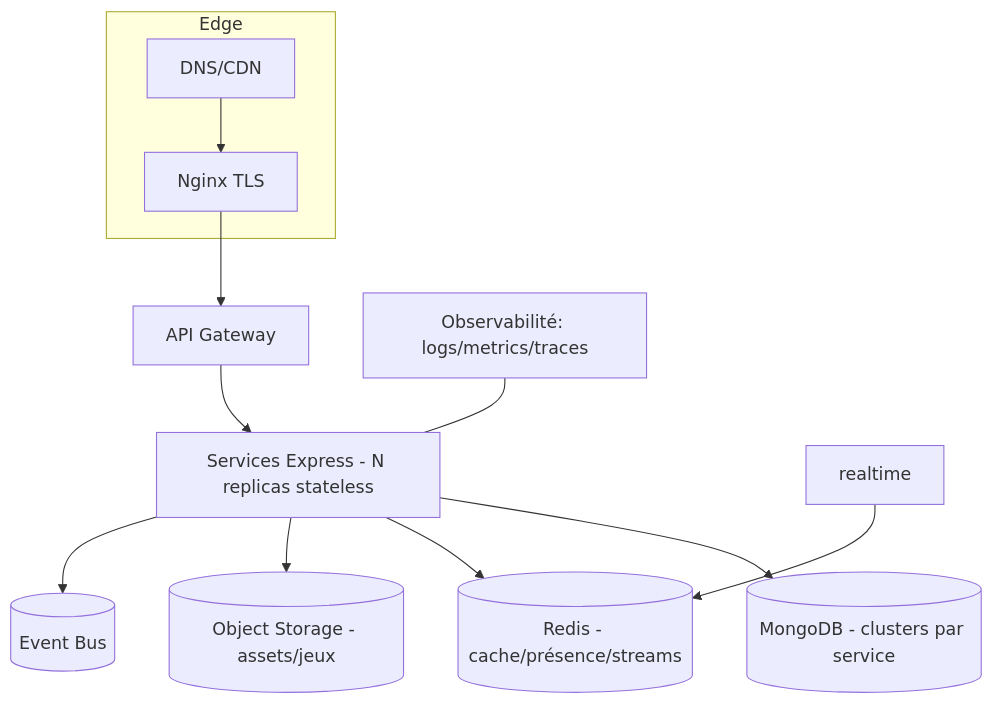
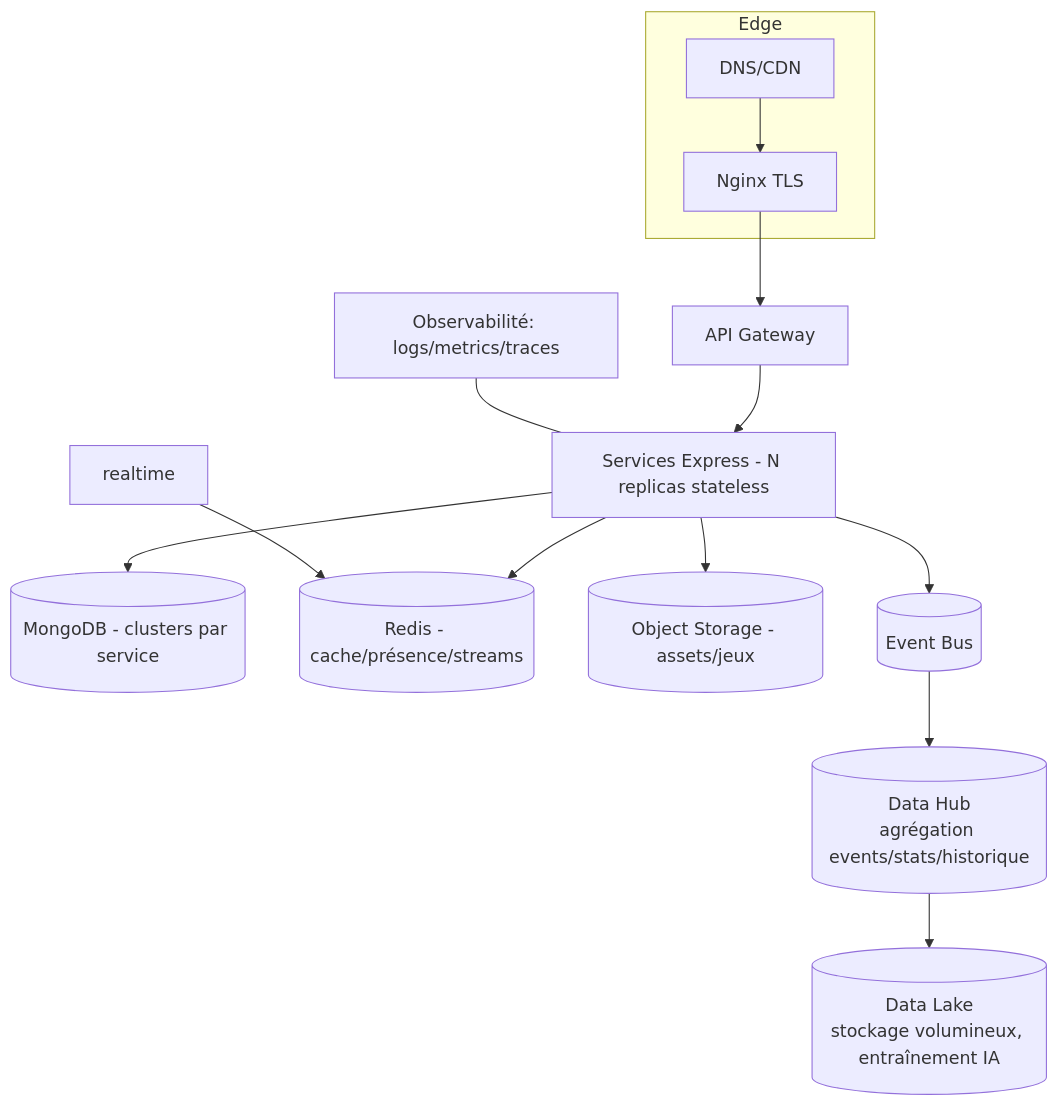
Before and after one commit to Studies-Holding/Bilia-gamer: the seventh of 7 diagrams in docs/AFG-DT-001_architecture-globale.md, drawn with Mermaid. The commit also changed other lines of this file and 504 other files, not shown here.

````diff
--- a/docs/AFG-DT-001_architecture-globale.md
+++ b/docs/AFG-DT-001_architecture-globale.md
@@ -229,14 +239,16 @@
 ```mermaid
 graph TB
     subgraph Edge
         DNS[DNS/CDN] --> NGX[Nginx TLS]
     end
     NGX --> GW[API Gateway]
     GW --> SVCS[Services Express - N replicas stateless]
     SVCS --> MDB[(MongoDB - clusters par service)]
     SVCS --> RDS[(Redis - cache/présence/streams)]
     SVCS --> OBJ[(Object Storage - assets/jeux)]
     SVCS --> BUS[(Event Bus)]
+    BUS --> DHUB[(Data Hub<br/>agrégation events/stats/historique)]
+    DHUB --> DLAKE[(Data Lake<br/>stockage volumineux, entraînement IA)]
     RT[realtime] --> RDS
     OBS[Observabilité: logs/metrics/traces] --- SVCS
 ```
````
